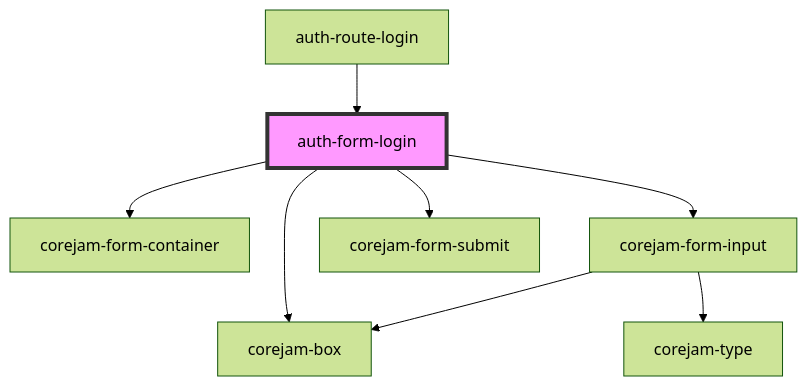
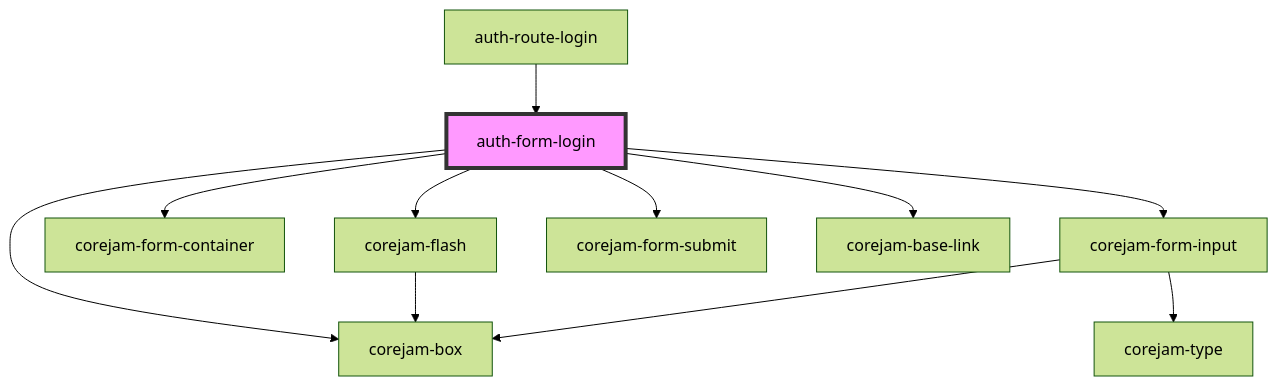
The diagram in packages/auth/app/components/LoginForm/readme.md (corejam/corejam), drawn with Mermaid (forest theme) before and after one commit. The commit also changed other lines of this file and 43 other files, not shown here.

````diff
--- a/packages/auth/app/components/LoginForm/readme.md
+++ b/packages/auth/app/components/LoginForm/readme.md
@@ -30,11 +32,14 @@
 ```mermaid
 graph TD;
   auth-form-login --> corejam-box
+  auth-form-login --> corejam-flash
   auth-form-login --> corejam-form-container
   auth-form-login --> corejam-form-input
   auth-form-login --> corejam-form-submit
+  auth-form-login --> corejam-base-link
+  corejam-flash --> corejam-box
   corejam-form-input --> corejam-box
   corejam-form-input --> corejam-type
   auth-route-login --> auth-form-login
   style auth-form-login fill:#f9f,stroke:#333,stroke-width:4px
 ```
````
